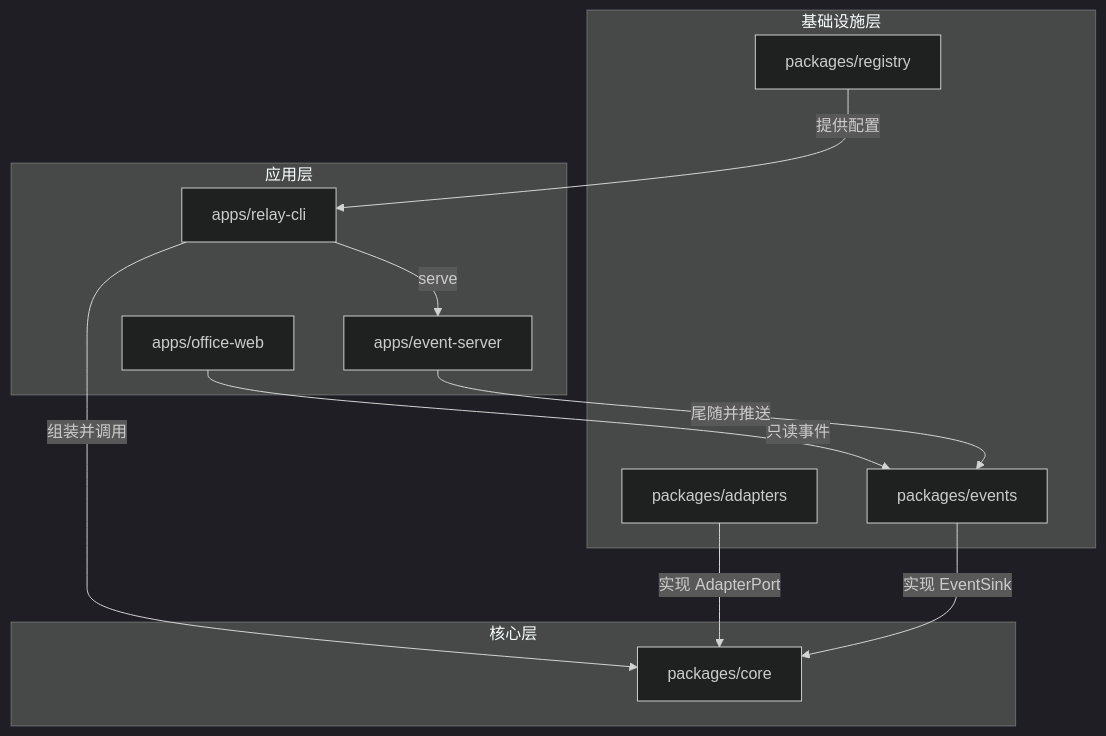
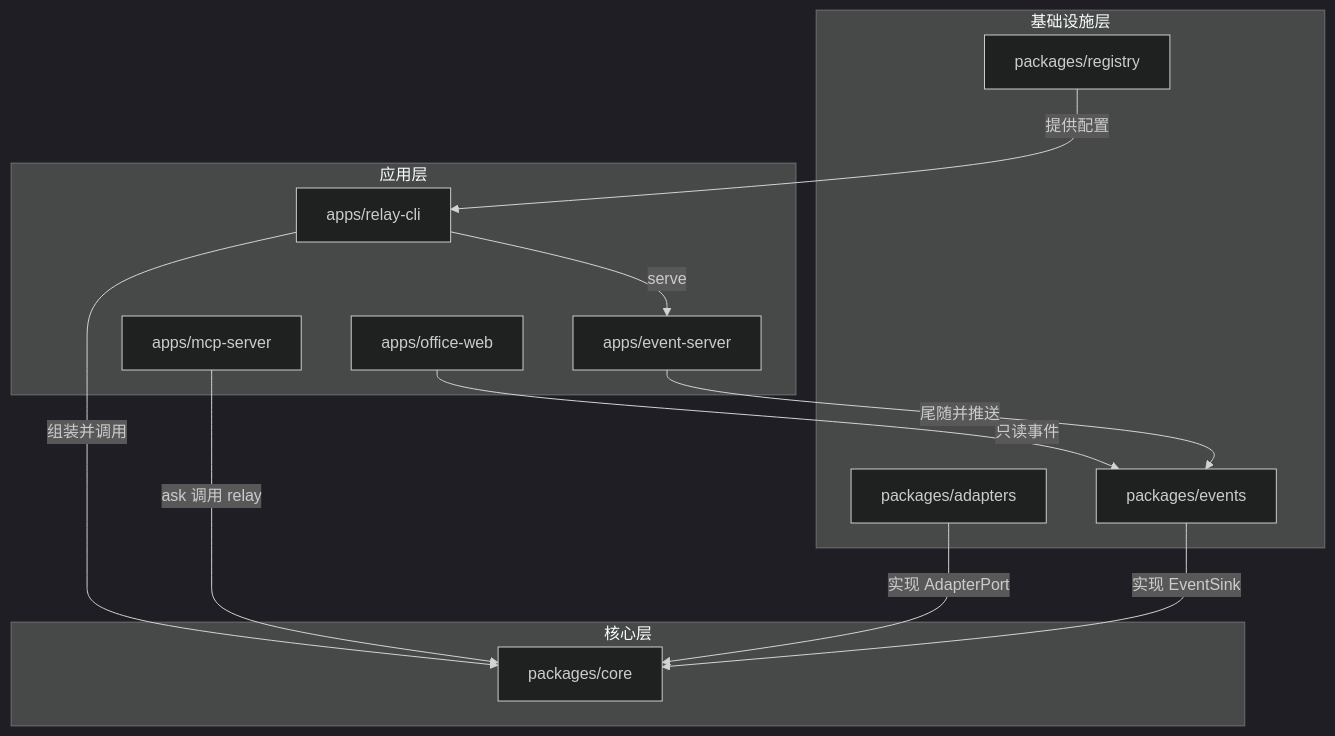
One commit to huowa-ai/grokbot-ai-office changed the diagram in README.md. Above: the diagram before and after it, drawn with Mermaid (dark theme). The commit also changed other lines of this file and 28 other files, not shown here.

First line of the commit message:
feat(mcp-server): 将 ai-relay 做成 MCP 服务器

````diff
--- a/README.md
+++ b/README.md
@@ -31,23 +31,25 @@
 ```mermaid
 flowchart TB
   subgraph appLayer [应用层]
     cli[apps/relay-cli]
+    mcp[apps/mcp-server]
     server[apps/event-server]
     web[apps/office-web]
   end
   subgraph coreLayer [核心层]
     core[packages/core]
   end
   subgraph infraLayer [基础设施层]
     adapters[packages/adapters]
     registry[packages/registry]
     events[packages/events]
   end
   cli -->|组装并调用| core
+  mcp -->|ask 调用 relay| core
   adapters -->|实现 AdapterPort| core
   registry -->|提供配置| cli
   events -->|实现 EventSink| core
   web -->|只读事件| events
   server -->|尾随并推送| events
   cli -->|serve| server
 ```
````
